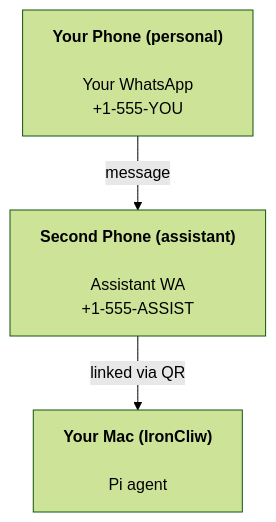
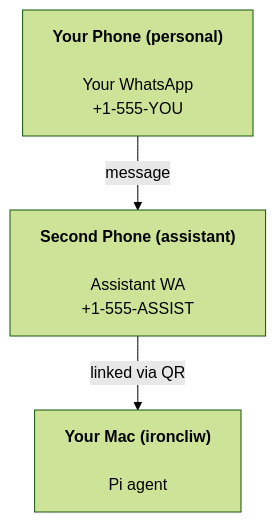
The diagram in docs/start/IronCliw.md (nandkishorrathodk-art/IronCliw), drawn with Mermaid (forest theme) before and after one commit. The commit also changed other lines of this file and 4626 other files, not shown here.

Commit message:
perf: 2x speed upgrades and bug fixes IronCliw v2026.0.4

````diff
--- a/docs/start/IronCliw.md
+++ b/docs/start/IronCliw.md
@@ -36,5 +36,5 @@
 ```mermaid
 flowchart TB
     A["<b>Your Phone (personal)<br></b><br>Your WhatsApp<br>+1-555-YOU"] -- message --> B["<b>Second Phone (assistant)<br></b><br>Assistant WA<br>+1-555-ASSIST"]
-    B -- linked via QR --> C["<b>Your Mac (IronCliw)<br></b><br>Pi agent"]
+    B -- linked via QR --> C["<b>Your Mac (ironcliw)<br></b><br>Pi agent"]
 ```
````
